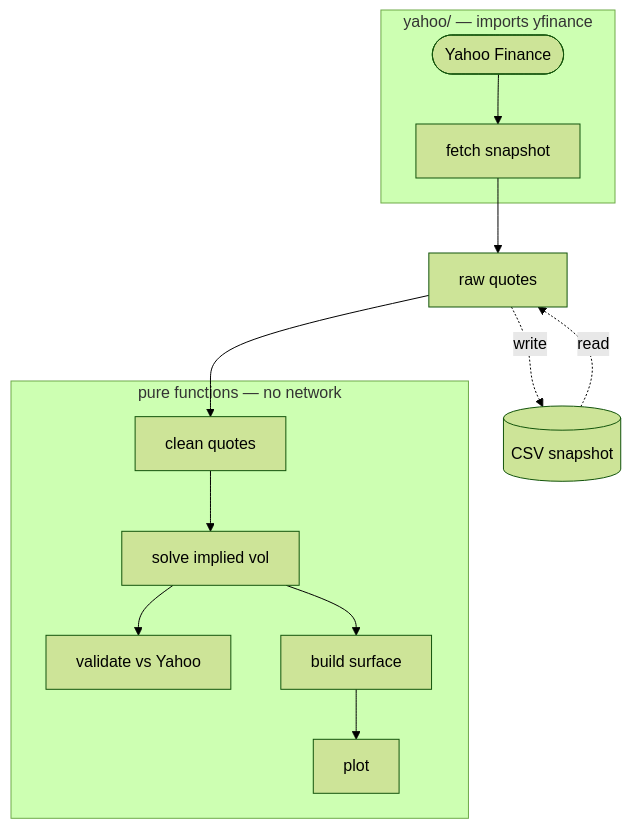
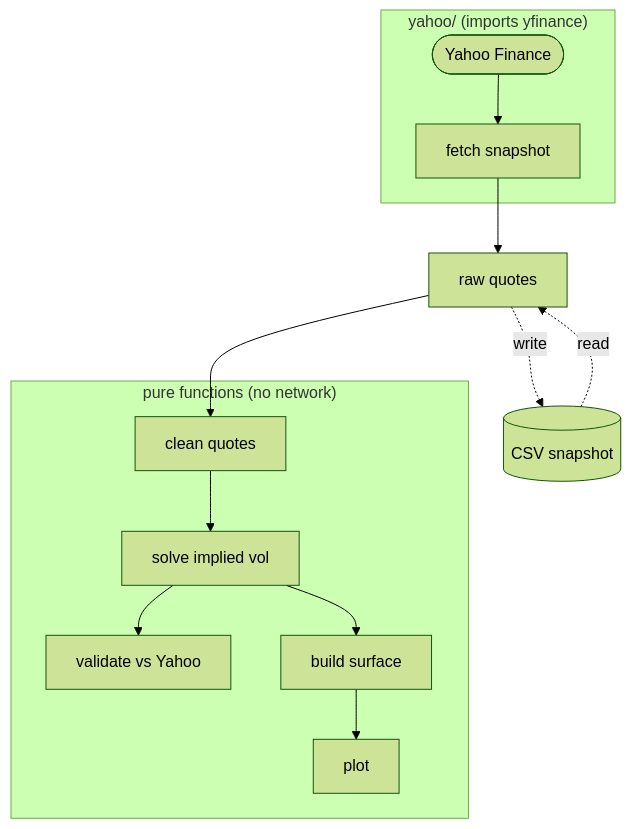
Before and after one commit to samvandiermen/Options-Engine-and-Implied-Volatility-Surface: the diagram in README.md, drawn with Mermaid (forest theme). The commit also changed other lines of this file and 1 other file, not shown here.

````diff
--- a/README.md
+++ b/README.md
@@ -17,22 +17,22 @@
 ```mermaid
 flowchart TD
-    subgraph edge ["yahoo/ — imports yfinance"]
+    subgraph edge ["yahoo/ (imports yfinance)"]
         YF(["Yahoo Finance"]) --> SNAP["fetch snapshot"]
     end
 
     SNAP --> RAW["raw quotes"]
     RAW -. write .-> CSV[("CSV snapshot")]
     CSV -. read .-> RAW
 
-    subgraph core ["pure functions — no network"]
+    subgraph core ["pure functions (no network)"]
         CLEAN["clean quotes"]
         IV["solve implied vol"]
         VAL["validate vs Yahoo"]
         SURF["build surface"]
         PLOT["plot"]
     end
 
     RAW --> CLEAN --> IV
     IV --> VAL
     IV --> SURF --> PLOT
 ```
````
